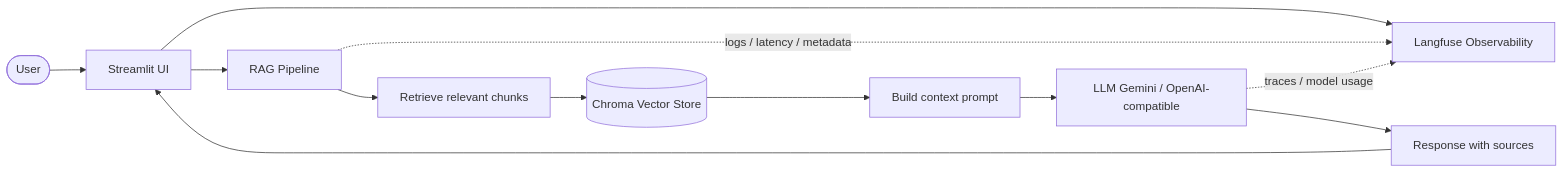
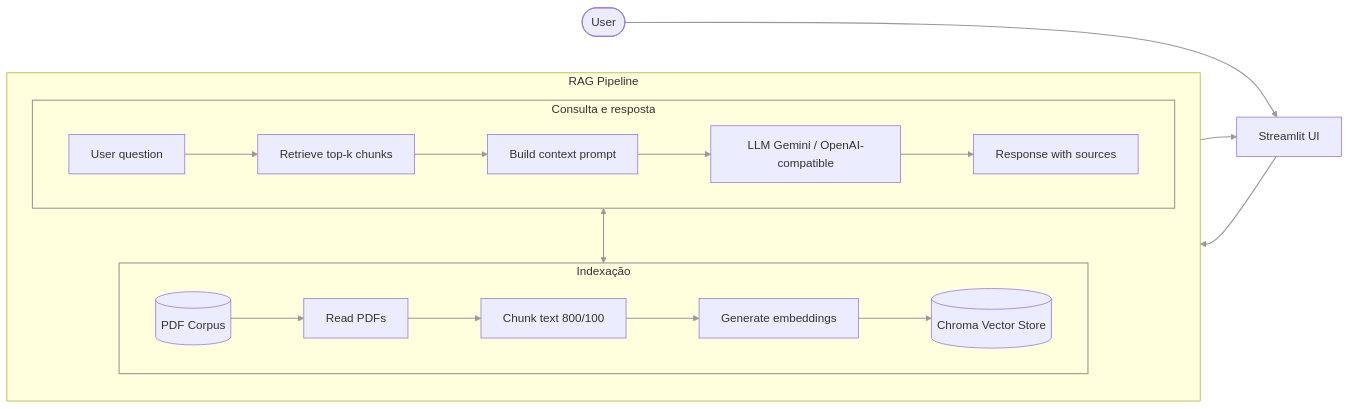
The diagram in README.md (janasoliv/openbook-rag), drawn with Mermaid before and after one commit. The commit also changed other lines of this file, not shown here.

Commit message:
Atualiza README do projeto

````diff
--- a/README.md
+++ b/README.md
@@ -22,15 +22,32 @@
 ```mermaid
 flowchart LR
     USER([User]) --> UI[Streamlit UI]
-    UI --> TRACE[Langfuse Observability]
-    UI --> RAG[RAG Pipeline]
-    RAG --> RETRIEVE[Retrieve relevant chunks]
-    RETRIEVE --> CHROMA[(Chroma Vector Store)]
-    CHROMA --> PROMPT[Build context prompt]
-    PROMPT --> LLM[LLM Gemini / OpenAI-compatible]
-    LLM --> RESP[Response with sources]
+    UI --> QUERY[User question]
+
+    subgraph RAG[RAG Pipeline]
+        direction TB
+
+        subgraph INDEX[Indexação]
+            direction LR
+            PDFS[(PDF Corpus)] --> INGEST[Read PDFs]
+            INGEST --> CHUNK[Chunk text 800/100]
+            CHUNK --> EMBED[Generate embeddings]
+            EMBED --> CHROMA[(Chroma Vector Store)]
+        end
+
+        subgraph ANSWER[Consulta e resposta]
+            direction LR
+            QUERY --> RETRIEVE[Retrieve top-k chunks]
+            RETRIEVE <--> CHROMA
+            RETRIEVE --> PROMPT[Build context prompt]
+            PROMPT --> LLM[LLM Gemini / OpenAI-compatible]
+            LLM --> RESP[Response with sources]
+        end
+    end
+
     RESP --> UI
 
-    RAG -. logs / latency / metadata .-> TRACE
-    LLM -. traces / model usage .-> TRACE
+    style INDEX stroke:#999999,stroke-width:1.5px
+    style ANSWER stroke:#999999,stroke-width:1.5px
+    linkStyle default stroke:#999999,stroke-width:1.5px;
 ```
````
